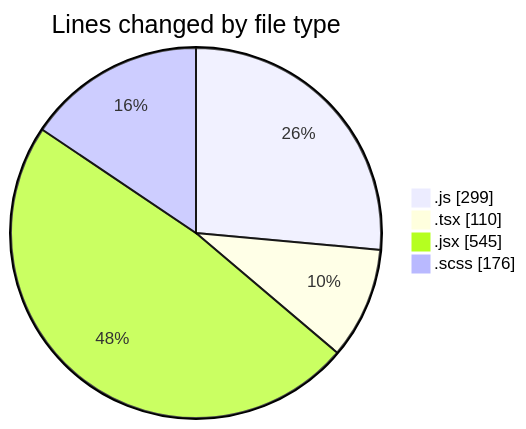
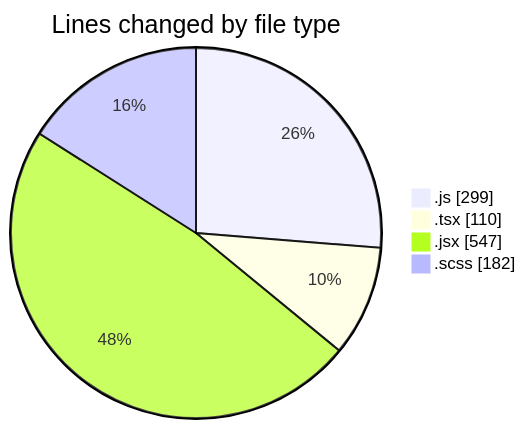
Before and after one commit to momahboobian/code-tracking: the first of 2 diagrams in 2026-03-12/cda/README.md, drawn with Mermaid. The commit also changed other lines of this file and 1 other file, not shown here.

````diff
--- a/2026-03-12/cda/README.md
+++ b/2026-03-12/cda/README.md
@@ -32,8 +32,8 @@
 ```mermaid
 pie showData
 title Lines changed by file type
 ".js" : 299
 ".tsx" : 110
-".jsx" : 545
-".scss" : 176
+".jsx" : 547
+".scss" : 182
 ```
````
